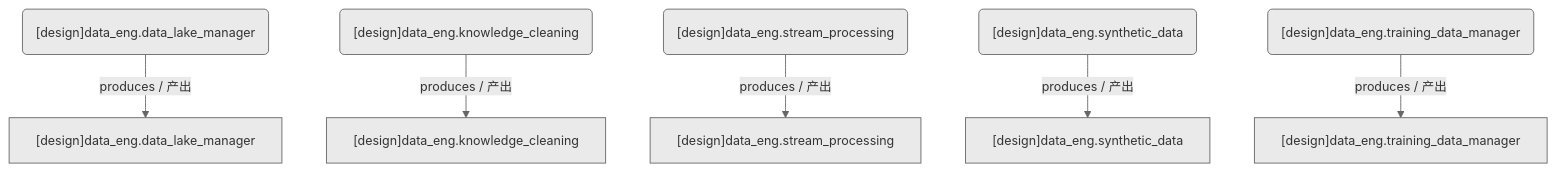
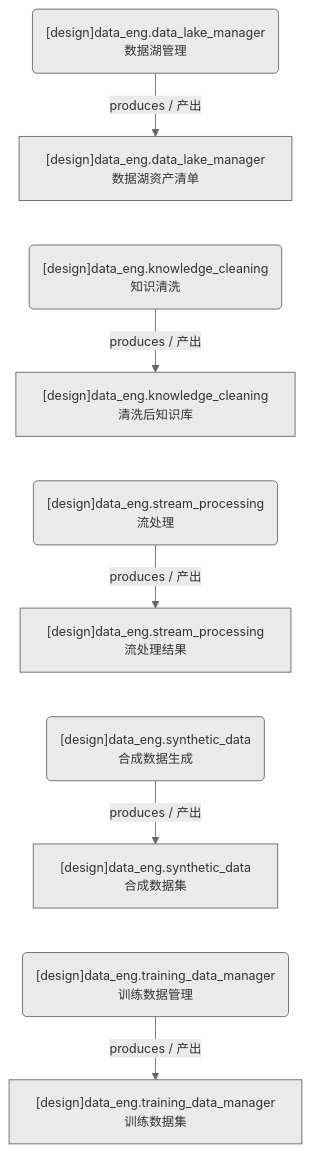
The diagram in docs/02_enterprise_architecture/05_dataflow_architecture/d_data_eng.md (xuanFelixVan/ZephyrAlpha), drawn with Mermaid before and after one commit. The commit also changed other lines of this file and 11 other files, not shown here.

````diff
--- a/docs/02_enterprise_architecture/05_dataflow_architecture/d_data_eng.md
+++ b/docs/02_enterprise_architecture/05_dataflow_architecture/d_data_eng.md
@@ -21,19 +23,23 @@
 ```mermaid
 %%{init: {'theme': 'base', 'themeVariables': {'primaryColor': '#eaeaea', 'primaryTextColor': '#333333', 'primaryBorderColor': '#666666', 'lineColor': '#666666', 'secondaryColor': '#eaeaea', 'tertiaryColor': '#eaeaea', 'fontSize': '14px'}}}%%
 flowchart TD
-    DS11258["[design]data_eng.data_lake_manager"]
-    DS11259["[design]data_eng.knowledge_cleaning"]
-    DS11260["[design]data_eng.stream_processing"]
-    DS11261["[design]data_eng.synthetic_data"]
-    DS11262["[design]data_eng.training_data_manager"]
-    JOB757622("[design]data_eng.data_lake_manager")
-    JOB757623("[design]data_eng.knowledge_cleaning")
-    JOB757624("[design]data_eng.stream_processing")
-    JOB757625("[design]data_eng.synthetic_data")
-    JOB757626("[design]data_eng.training_data_manager")
+    DS11258["[design]data_eng.data_lake_manager<br/>数据湖资产清单"]
+    DS11259["[design]data_eng.knowledge_cleaning<br/>清洗后知识库"]
+    DS11260["[design]data_eng.stream_processing<br/>流处理结果"]
+    DS11261["[design]data_eng.synthetic_data<br/>合成数据集"]
+    DS11262["[design]data_eng.training_data_manager<br/>训练数据集"]
+    JOB757622("[design]data_eng.data_lake_manager<br/>数据湖管理")
+    JOB757623("[design]data_eng.knowledge_cleaning<br/>知识清洗")
+    JOB757624("[design]data_eng.stream_processing<br/>流处理")
+    JOB757625("[design]data_eng.synthetic_data<br/>合成数据生成")
+    JOB757626("[design]data_eng.training_data_manager<br/>训练数据管理")
     JOB757622 -->|produces / 产出| DS11258
     JOB757623 -->|produces / 产出| DS11259
     JOB757624 -->|produces / 产出| DS11260
     JOB757625 -->|produces / 产出| DS11261
     JOB757626 -->|produces / 产出| DS11262
+    DS11258 ~~~ JOB757623
+    DS11259 ~~~ JOB757624
+    DS11260 ~~~ JOB757625
+    DS11261 ~~~ JOB757626
 ```
````
